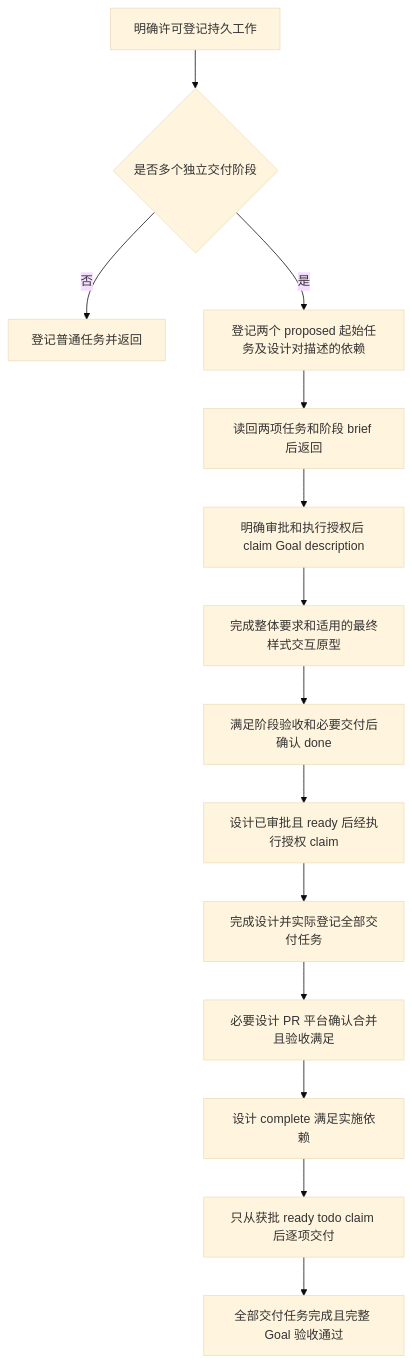
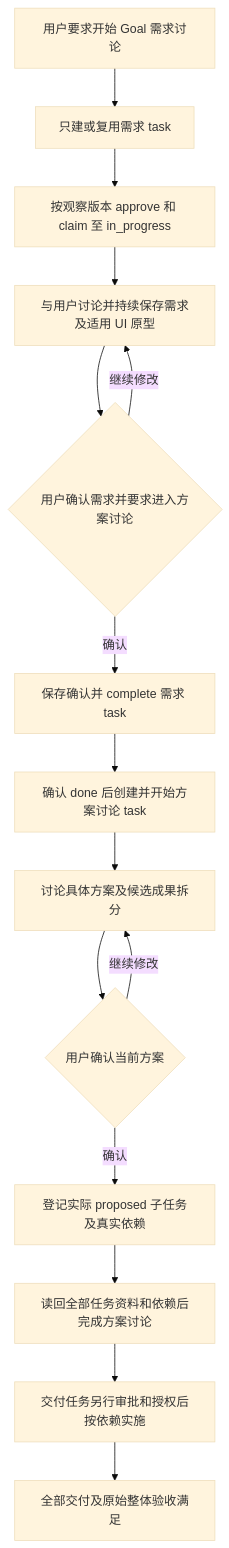
Before and after one commit to codetreker/day-night: the diagram in docs/design/daynight-goal-workflow.md, drawn with Mermaid (base theme). The commit also changed other lines of this file and 19 other files, not shown here.

````diff
--- a/docs/design/daynight-goal-workflow.md
+++ b/docs/design/daynight-goal-workflow.md
@@ -43,16 +43,17 @@
 ```mermaid
 flowchart TD
-    A[明确许可登记持久工作] --> B{是否多个独立交付阶段}
-    B -->|否| O[登记普通任务并返回]
-    B -->|是| C[登记两个 proposed 起始任务及设计对描述的依赖]
-    C --> R[读回两项任务和阶段 brief 后返回]
-    R --> D[明确审批和执行授权后 claim Goal description]
-    D --> E[完成整体要求和适用的最终样式交互原型]
-    E --> F[满足阶段验收和必要交付后确认 done]
-    F --> G[设计已审批且 ready 后经执行授权 claim]
-    G --> H[完成设计并实际登记全部交付任务]
-    H --> I[必要设计 PR 平台确认合并且验收满足]
-    I --> J[设计 complete 满足实施依赖]
-    J --> K[只从获批 ready todo claim 后逐项交付]
-    K --> L[全部交付任务完成且完整 Goal 验收通过]
+    A[用户要求开始 Goal 需求讨论] --> B[只建或复用需求 task]
+    B --> C[按观察版本 approve 和 claim 至 in_progress]
+    C --> D[与用户讨论并持续保存需求及适用 UI 原型]
+    D --> E{用户确认需求并要求进入方案讨论}
+    E -->|继续修改| D
+    E -->|确认| F[保存确认并 complete 需求 task]
+    F --> G[确认 done 后创建并开始方案讨论 task]
+    G --> H[讨论具体方案及候选成果拆分]
+    H --> I{用户确认当前方案}
+    I -->|继续修改| H
+    I -->|确认| J[登记实际 proposed 子任务及真实依赖]
+    J --> K[读回全部任务资料和依赖后完成方案讨论]
+    K --> L[交付任务另行审批和授权后按依赖实施]
+    L --> M[全部交付及原始整体验收满足]
 ```
````
